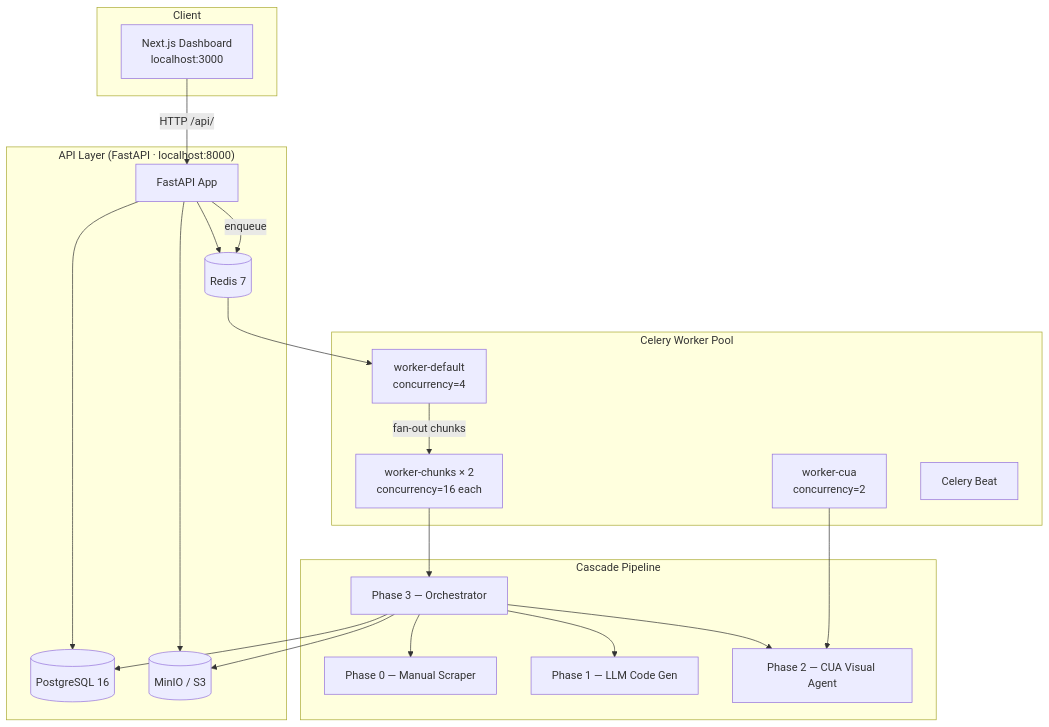
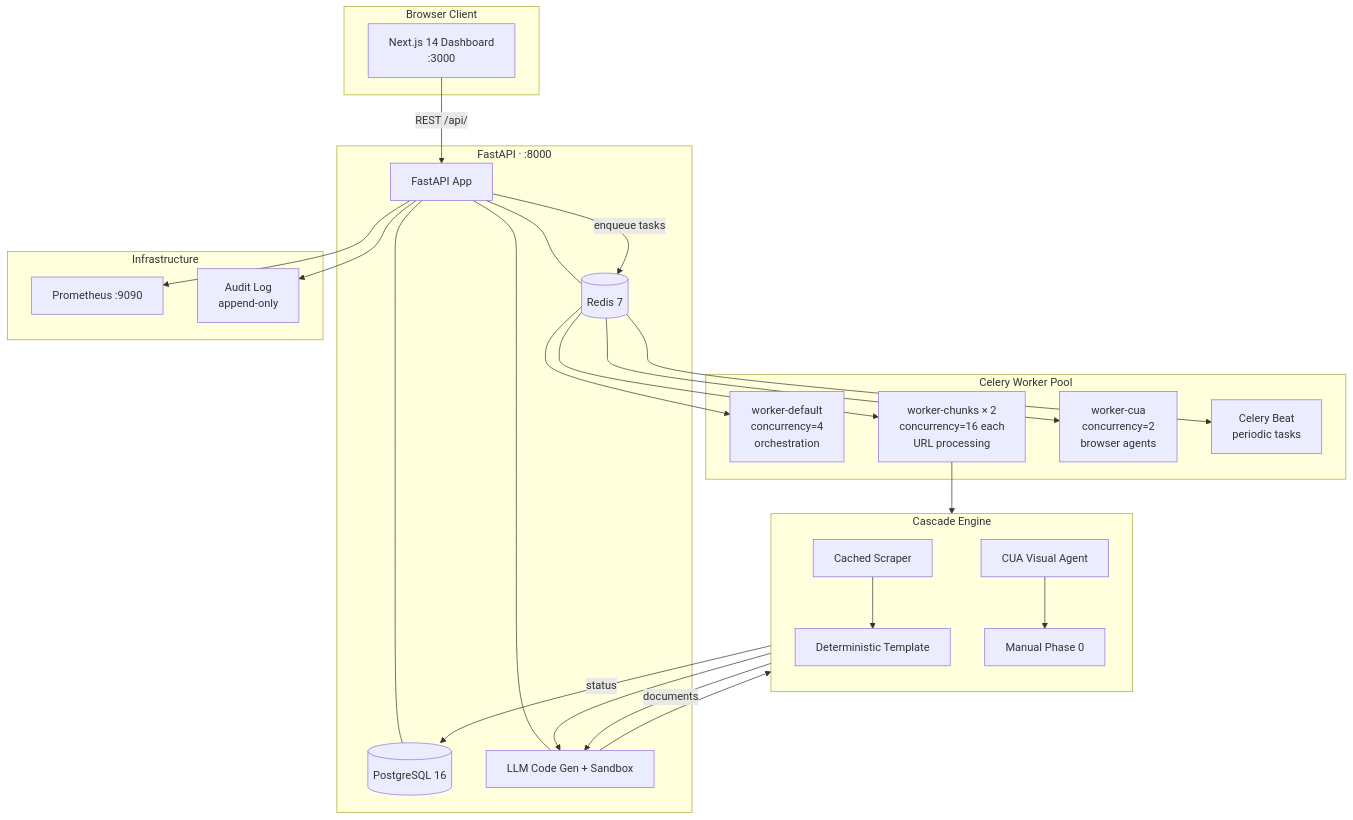
Before and after one commit to Siddharthpatni/Project-1: the second of 2 diagrams in README.md, drawn with Mermaid. The commit also changed other lines of this file, not shown here.

First line of the commit message:
docs: overhaul README with screenshots, badges, full project tree, CI diagram

````diff
--- a/README.md
+++ b/README.md
@@ -38,39 +86,43 @@
 ```mermaid
 graph TB
-    subgraph Client
-        UI[Next.js Dashboard<br/>localhost:3000]
+    subgraph Client["Browser Client"]
+        UI[Next.js 14 Dashboard<br/>:3000]
     end
 
-    subgraph API["API Layer (FastAPI · localhost:8000)"]
-        FE[FastAPI App]
-        FE --> DB[(PostgreSQL 16)]
-        FE --> MINIO[(MinIO / S3)]
-        FE --> REDIS[(Redis 7)]
+    subgraph API["FastAPI · :8000"]
+        APP[FastAPI App]
+        APP --- DB[(PostgreSQL 16)]
+        APP --- S3[(MinIO / S3)]
+        APP --- RD[(Redis 7)]
     end
 
     subgraph Workers["Celery Worker Pool"]
-        W1[worker-default<br/>concurrency=4]
-        W2[worker-chunks × 2<br/>concurrency=16 each]
-        W3[worker-cua<br/>concurrency=2]
-        BEAT[Celery Beat]
+        WD[worker-default<br/>concurrency=4<br/>orchestration]
+        WC[worker-chunks × 2<br/>concurrency=16 each<br/>URL processing]
+        WQ[worker-cua<br/>concurrency=2<br/>browser agents]
+        BT[Celery Beat<br/>periodic tasks]
     end
 
-    subgraph Pipeline["Cascade Pipeline"]
-        P0[Phase 0 — Manual Scraper]
-        P1[Phase 1 — LLM Code Gen]
-        P2[Phase 2 — CUA Visual Agent]
-        P3[Phase 3 — Orchestrator]
+    subgraph Cascade["Cascade Engine"]
+        direction TB
+        S1[Cached Scraper]
+        S2[Deterministic Template]
+        S3[LLM Code Gen + Sandbox]
+        S4[CUA Visual Agent]
+        S5[Manual Phase 0]
+        S1 --> S2 --> S3 --> S4 --> S5
     end
 
-    UI -->|HTTP /api/| FE
-    FE -->|enqueue| REDIS
-    REDIS --> W1
-    W1 -->|fan-out chunks| W2
-    W2 --> P3
-    P3 --> P0
-    P3 --> P1
-    P3 --> P2
-    W3 --> P2
-    P3 --> MINIO
-    P3 --> DB
+    subgraph Infra["Infrastructure"]
+        PROM[Prometheus :9090]
+        AUDIT[Audit Log<br/>append-only]
+    end
+
+    UI -->|REST /api/| APP
+    APP -->|enqueue tasks| RD
+    RD --> WD & WC & WQ & BT
+    WC --> Cascade
+    Cascade -->|documents| S3
+    Cascade -->|status| DB
+    APP --> PROM & AUDIT
 ```
````
